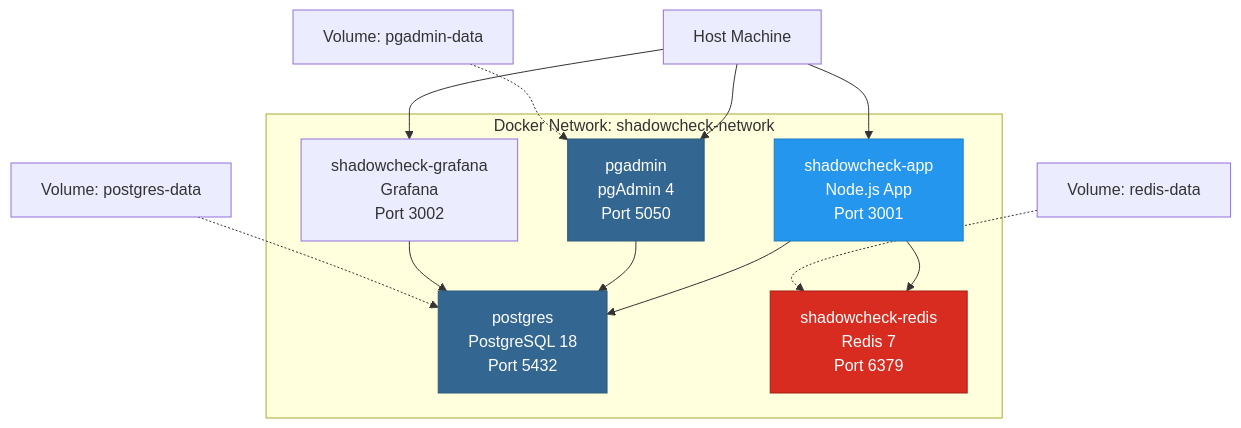
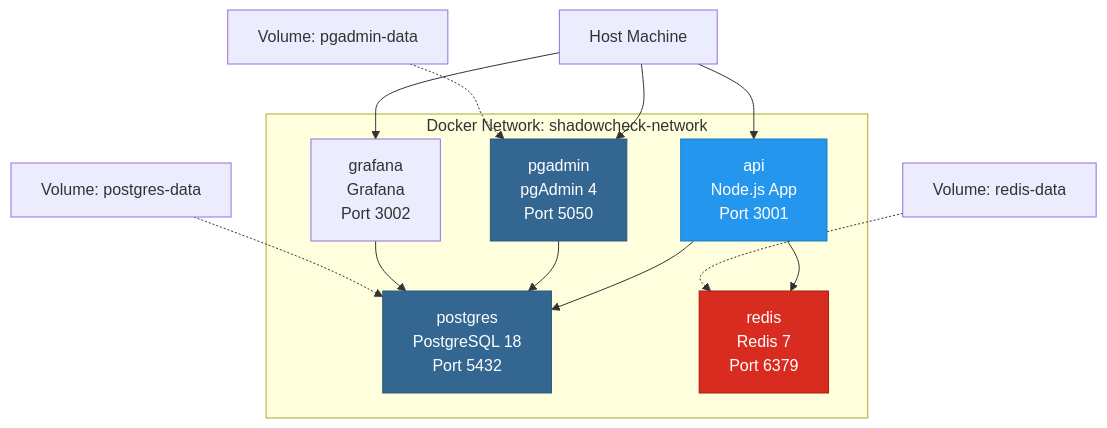
One commit to cyclonite69/shadowcheck-web changed the third of 17 diagrams in .github/wiki/Deployment-Guide.md. Above: the diagram before and after it, drawn with Mermaid. The commit also changed other lines of this file and 3 other files, not shown here.

First line of the commit message:
docs(wiki): fix Vite version and Docker service names in diagrams

````diff
--- a/.github/wiki/Deployment-Guide.md
+++ b/.github/wiki/Deployment-Guide.md
@@ -113,28 +113,28 @@
 ```mermaid
 graph TB
     subgraph "Docker Network: shadowcheck-network"
-        A[shadowcheck-app<br/>Node.js App<br/>Port 3001]
+        A[api<br/>Node.js App<br/>Port 3001]
         B[postgres<br/>PostgreSQL 18<br/>Port 5432]
-        C[shadowcheck-redis<br/>Redis 7<br/>Port 6379]
+        C[redis<br/>Redis 7<br/>Port 6379]
         D[pgadmin<br/>pgAdmin 4<br/>Port 5050]
-        I[shadowcheck-grafana<br/>Grafana<br/>Port 3002]
+        I[grafana<br/>Grafana<br/>Port 3002]
     end
 
     E[Host Machine] --> A
     E --> D
     E --> I
 
     A --> B
     A --> C
     D --> B
     I --> B
 
     F[Volume: postgres-data] -.-> B
     G[Volume: redis-data] -.-> C
     H[Volume: pgadmin-data] -.-> D
 
     style A fill:#2496ed,stroke:#1d7fc1,color:#fff
     style B fill:#336791,stroke:#2d5a7b,color:#fff
     style C fill:#d82c20,stroke:#a41e11,color:#fff
     style D fill:#336791,stroke:#2d5a7b,color:#fff
 ```
````
